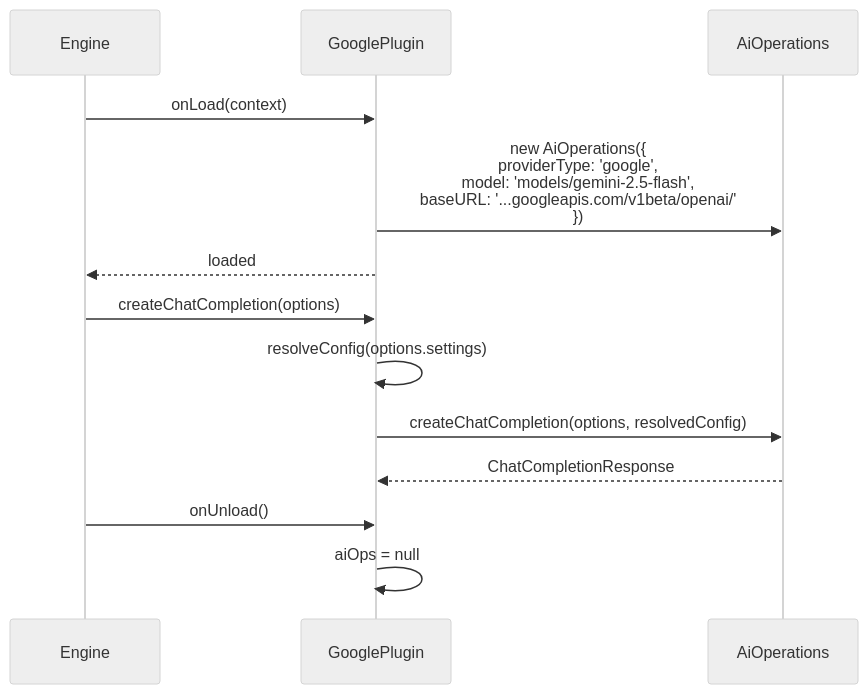
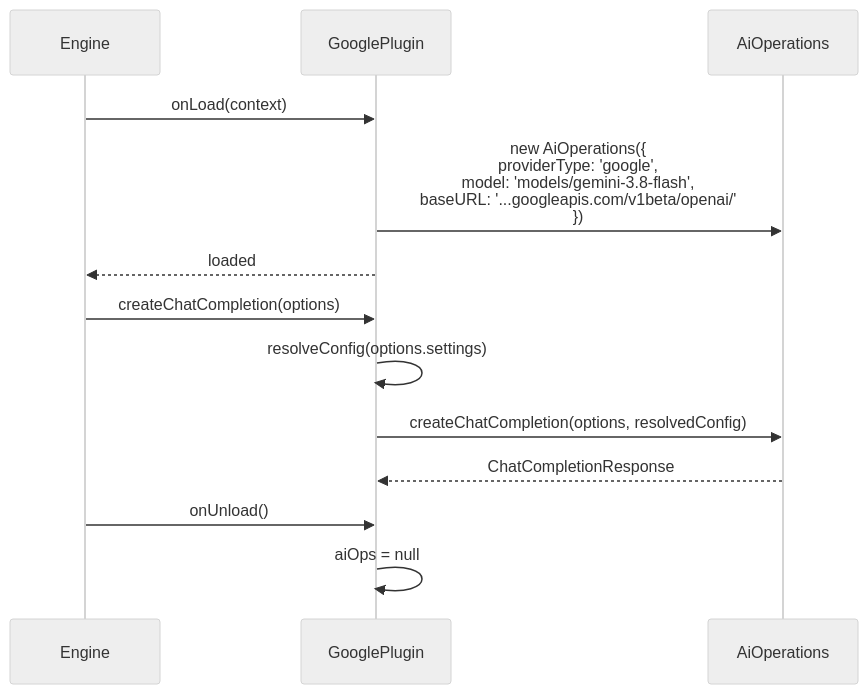
One commit to ever-works/ever-works changed the fourth of 4 diagrams in docs/plugin-system/google-ai-plugin.md. Above: the diagram before and after it, drawn with Mermaid (neutral theme). The commit also changed other lines of this file and 23 other files, not shown here.

First line of the commit message:
docs(plugins): quote current model defaults and CLI pins on provider, gateway and CLI-agent pages

````diff
--- a/docs/plugin-system/google-ai-plugin.md
+++ b/docs/plugin-system/google-ai-plugin.md
@@ -167,18 +175,18 @@
 ```mermaid
 sequenceDiagram
     participant Engine
     participant Plugin as GooglePlugin
     participant AiOps as AiOperations
 
     Engine->>Plugin: onLoad(context)
-    Plugin->>AiOps: new AiOperations({<br/>  providerType: 'google',<br/>  model: 'models/gemini-2.5-flash',<br/>  baseURL: '...googleapis.com/v1beta/openai/'<br/>})
+    Plugin->>AiOps: new AiOperations({<br/>  providerType: 'google',<br/>  model: 'models/gemini-3.8-flash',<br/>  baseURL: '...googleapis.com/v1beta/openai/'<br/>})
     Plugin-->>Engine: loaded
 
     Engine->>Plugin: createChatCompletion(options)
     Plugin->>Plugin: resolveConfig(options.settings)
     Plugin->>AiOps: createChatCompletion(options, resolvedConfig)
     AiOps-->>Plugin: ChatCompletionResponse
 
     Engine->>Plugin: onUnload()
     Plugin->>Plugin: aiOps = null
 ```
````
